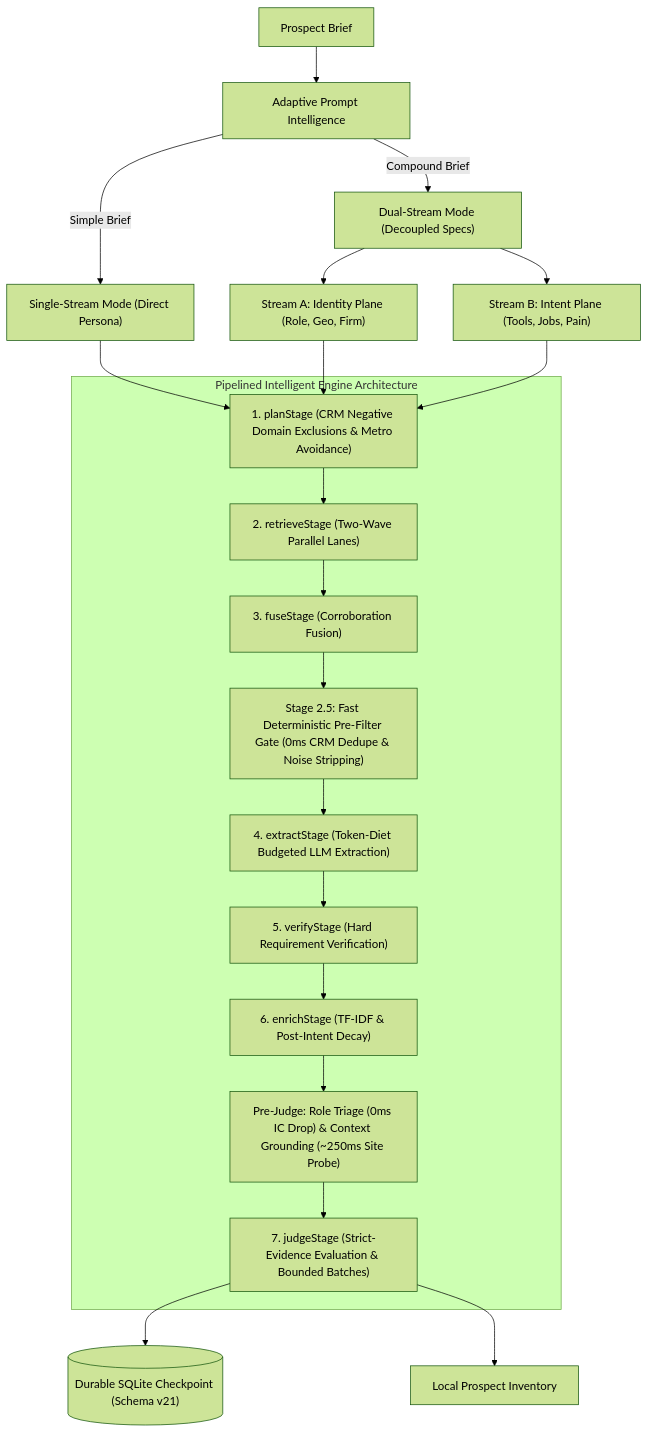
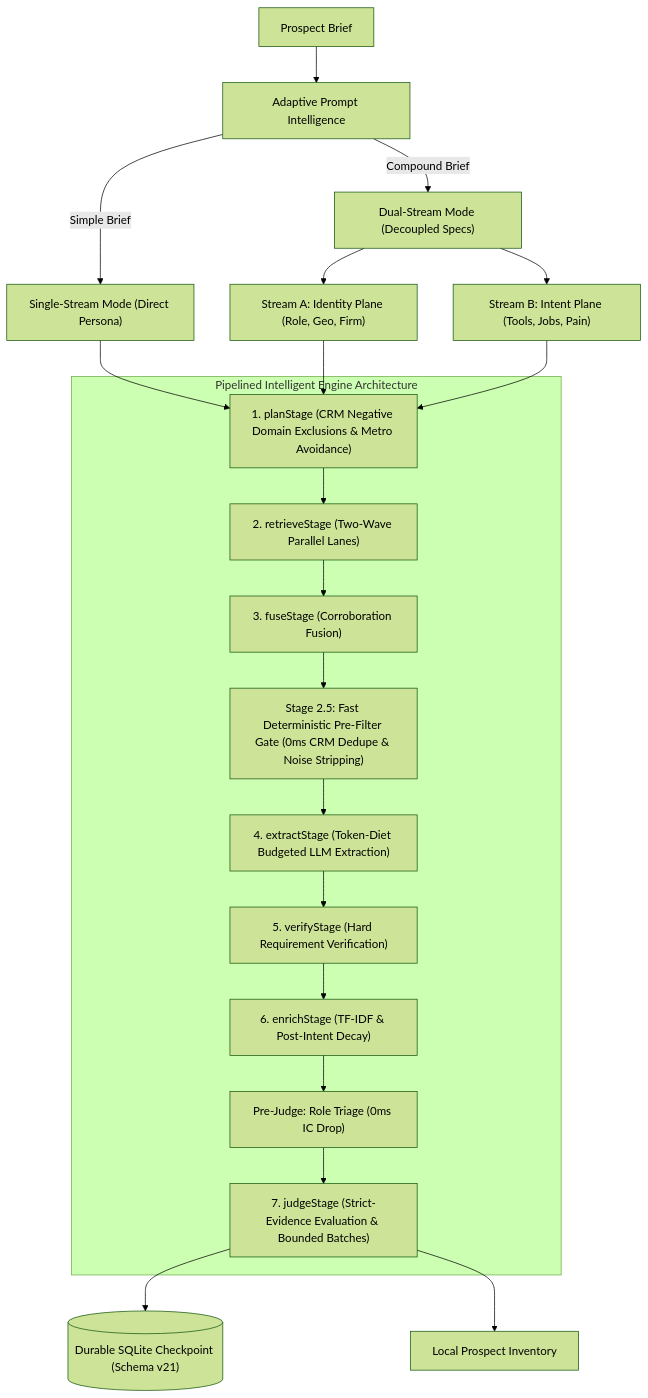
Before and after one commit to AliasHolmes/Apex-CRM: the first of 2 diagrams in README.md, drawn with Mermaid (forest theme). The commit also changed other lines of this file and 79 other files, not shown here.

````diff
--- a/README.md
+++ b/README.md
@@ -41,29 +41,29 @@
 ```mermaid
 flowchart TD
     Brief["Prospect Brief"] --> Classifier["Adaptive Prompt Intelligence"]
     Classifier -->|Simple Brief| StreamIdentity["Single-Stream Mode (Direct Persona)"]
     Classifier -->|Compound Brief| StreamDual["Dual-Stream Mode (Decoupled Specs)"]
     StreamDual --> StreamA["Stream A: Identity Plane (Role, Geo, Firm)"]
     StreamDual --> StreamB["Stream B: Intent Plane (Tools, Jobs, Pain)"]
 
     subgraph Stages ["Pipelined Intelligent Engine Architecture"]
         Plan["1. planStage (CRM Negative Domain Exclusions & Metro Avoidance)"]
         Retrieve["2. retrieveStage (Two-Wave Parallel Lanes)"]
         Fuse["3. fuseStage (Corroboration Fusion)"]
         PreFilter["Stage 2.5: Fast Deterministic Pre-Filter Gate (0ms CRM Dedupe & Noise Stripping)"]
         Extract["4. extractStage (Token-Diet Budgeted LLM Extraction)"]
         Verify["5. verifyStage (Hard Requirement Verification)"]
         Enrich["6. enrichStage (TF-IDF & Post-Intent Decay)"]
-        PreJudge["Pre-Judge: Role Triage (0ms IC Drop) & Context Grounding (~250ms Site Probe)"]
+        PreJudge["Pre-Judge: Role Triage (0ms IC Drop)"]
         Judge["7. judgeStage (Strict-Evidence Evaluation & Bounded Batches)"]
 
         Plan --> Retrieve --> Fuse --> PreFilter --> Extract --> Verify --> Enrich --> PreJudge --> Judge
     end
 
     StreamIdentity --> Plan
     StreamA --> Plan
     StreamB --> Plan
 
     Judge --> Checkpoint[("Durable SQLite Checkpoint (Schema v21)")]
     Judge --> Inventory["Local Prospect Inventory"]
 ```
````
